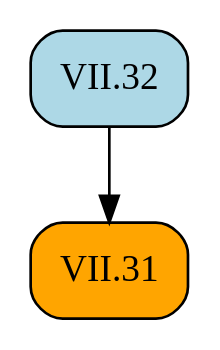
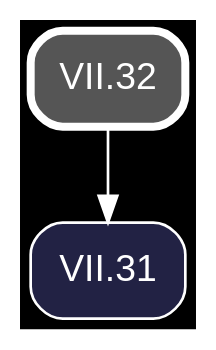
Before and after one commit to geometor/elements: the diagram in docsrc/heath/VII/32/index.rst, drawn with Graphviz. The commit also changed other lines of this file and 1200 other files, not shown here.

Commit message:
update dependency graphs

```diff
--- a/docsrc/heath/VII/32/index.rst
+++ b/docsrc/heath/VII/32/index.rst
@@ -30,9 +30,11 @@
 .. graphviz::
 
    digraph {
+     bgcolor="black";
+     node [shape=box, style="rounded,filled", fontname="Helvetica", color="white", fontcolor="white"];
+     edge [color="white", fontcolor="white"];
      rankdir="TB";
-     node [shape=box, style=rounded];
-     "VII.31" [style="rounded,filled", fillcolor=orange, URL="/heath/VII/31/", target="_top"];
-     "VII.32" [style="rounded,filled", fillcolor=lightblue, URL="/heath/VII/32/", target="_top"];
+     "VII.32" [penwidth=3, color="white", fillcolor="#555555", URL="/heath/VII/32/", target="_top"];
+     "VII.31" [fillcolor="#222244", URL="/heath/VII/31/", target="_top"];
      "VII.32" -> "VII.31";
    }
```
